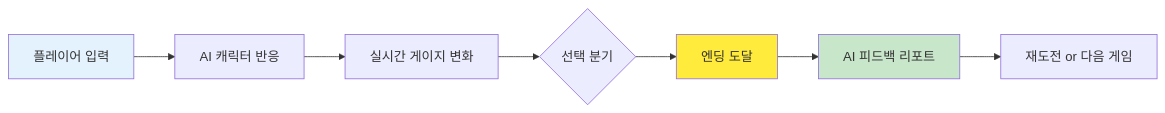
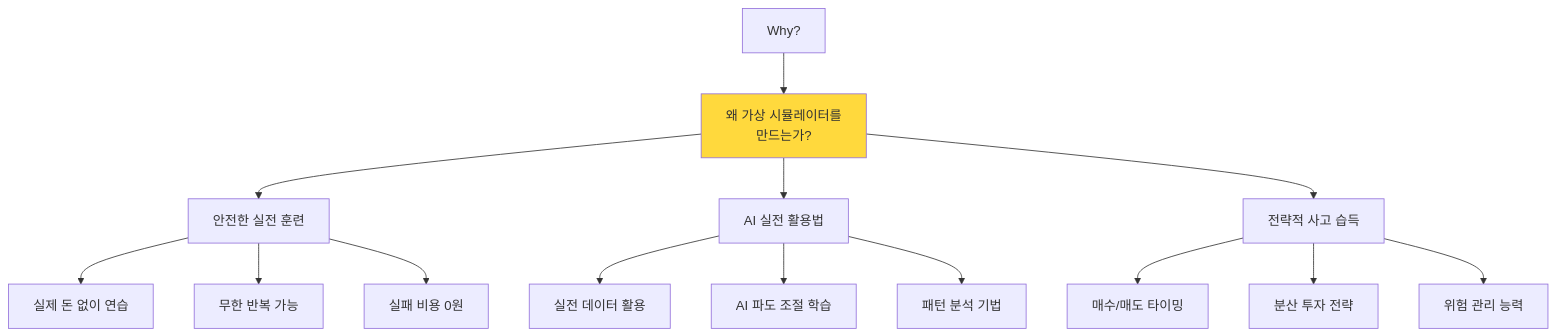
One commit to Collegenie-X/AI-Vive-Coding changed the second of 14 diagrams in Docs/주제/5단계-AI가상환경_실전체험_교육가이드.md. Above: the diagram before and after it, drawn with Mermaid. The commit also changed other lines of this file and 3 other files, not shown here.

````diff
--- a/Docs/주제/5단계-AI가상환경_실전체험_교육가이드.md
+++ b/Docs/주제/5단계-AI가상환경_실전체험_교육가이드.md
@@ -75,13 +63,22 @@
 ```mermaid
-graph LR
-    A[플레이어 입력] --> B[AI 캐릭터 반응]
-    B --> C[실시간 게이지 변화]
-    C --> D{선택 분기}
-    D --> E[엔딩 도달]
-    E --> F[AI 피드백 리포트]
-    F --> G[재도전 or 다음 게임]
+graph TB
+    A[Why?] --> B[왜 가상 시뮬레이터를<br/>만드는가?]
     
-    style A fill:#e3f2fd
-    style E fill:#ffeb3b
-    style F fill:#c8e6c9
+    B --> C[안전한 실전 훈련]
+    B --> D[AI 실전 활용법]
+    B --> E[전략적 사고 습득]
+    
+    C --> C1[실제 돈 없이 연습]
+    C --> C2[무한 반복 가능]
+    C --> C3[실패 비용 0원]
+    
+    D --> D1[실전 데이터 활용]
+    D --> D2[AI 파도 조절 학습]
+    D --> D3[패턴 분석 기법]
+    
+    E --> E1[매수/매도 타이밍]
+    E --> E2[분산 투자 전략]
+    E --> E3[위험 관리 능력]
+    
+    style B fill:#FFD93D
 ```
````
